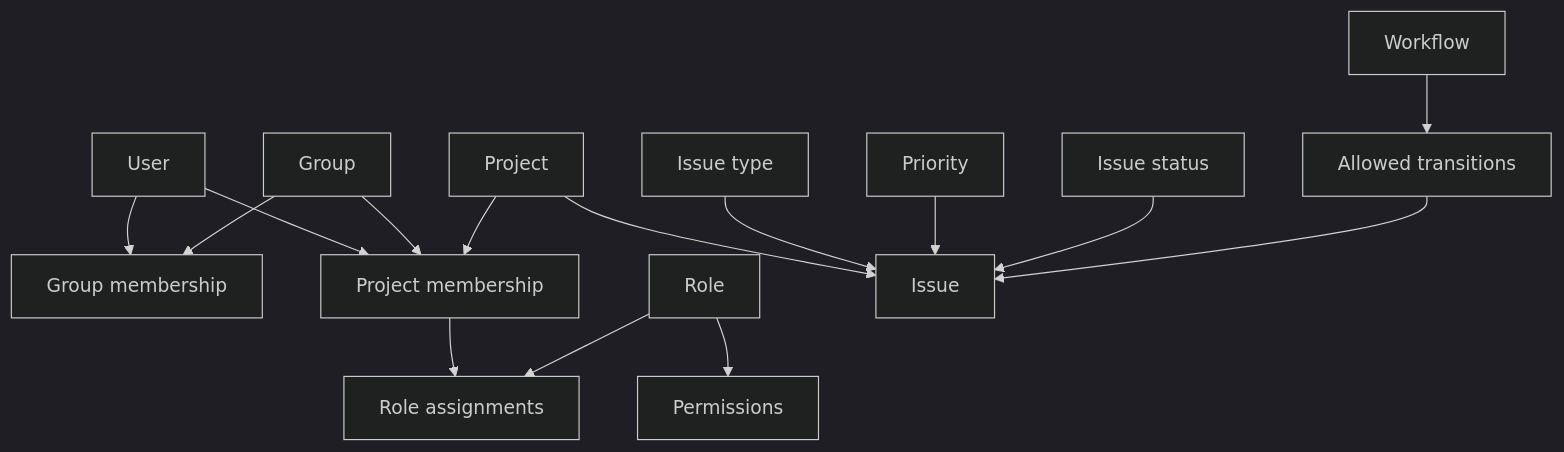
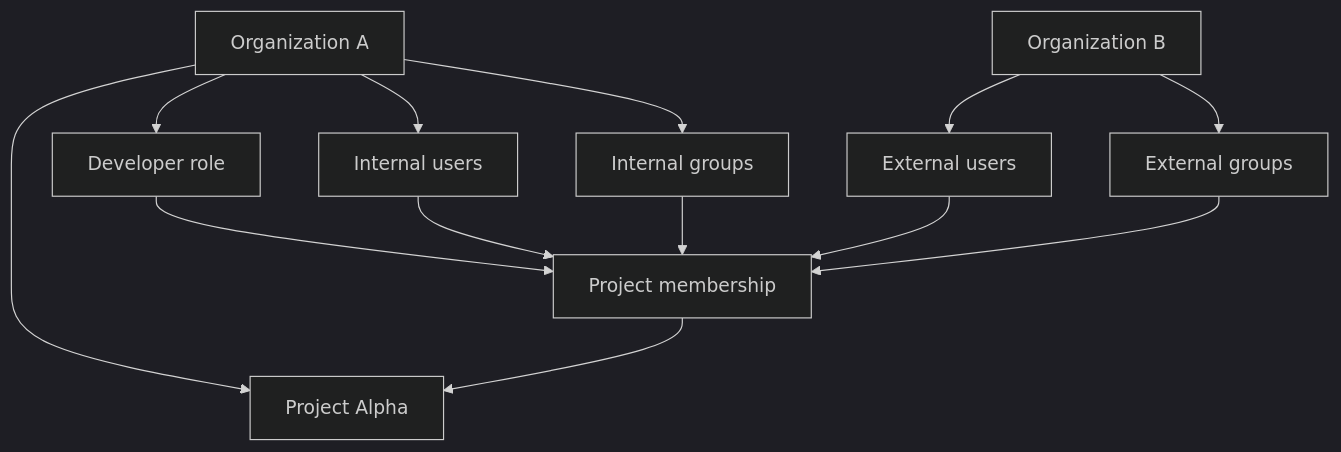
One commit to taskmigo/docs changed the diagram in content/versions/v0/manuals/core-concepts.mdx. Above: the diagram before and after it, drawn with Mermaid (dark theme). The commit also changed other lines of this file and 23 other files, not shown here.

````diff
--- a/content/versions/v0/manuals/core-concepts.mdx
+++ b/content/versions/v0/manuals/core-concepts.mdx
@@ -8,17 +9,17 @@
 ```mermaid
 flowchart TD
-  user[User] --> gm[Group membership]
-  group[Group] --> gm
-  user --> pm[Project membership]
-  group --> pm
-  project[Project] --> pm
-  pm --> assignment[Role assignments]
-  role[Role] --> assignment
-  role --> permission[Permissions]
-  project --> issue[Issue]
-  type[Issue type] --> issue
-  priority[Priority] --> issue
-  status[Issue status] --> issue
-  workflow[Workflow] --> transition[Allowed transitions]
-  transition --> issue
+  orgA[Organization A] --> projectA[Project Alpha]
+  orgA --> roleA[Developer role]
+  orgA --> userA[Internal users]
+  orgA --> groupA[Internal groups]
+
+  orgB[Organization B] --> userB[External users]
+  orgB --> groupB[External groups]
+
+  userA --> member[Project membership]
+  groupA --> member
+  userB --> member
+  groupB --> member
+  roleA --> member
+  member --> projectA
 ```
````
